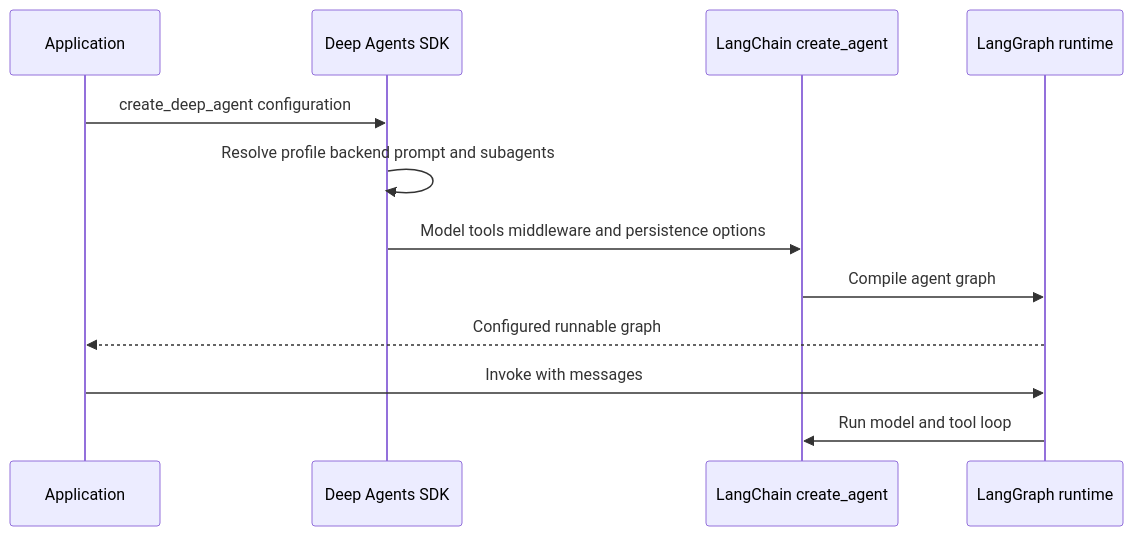
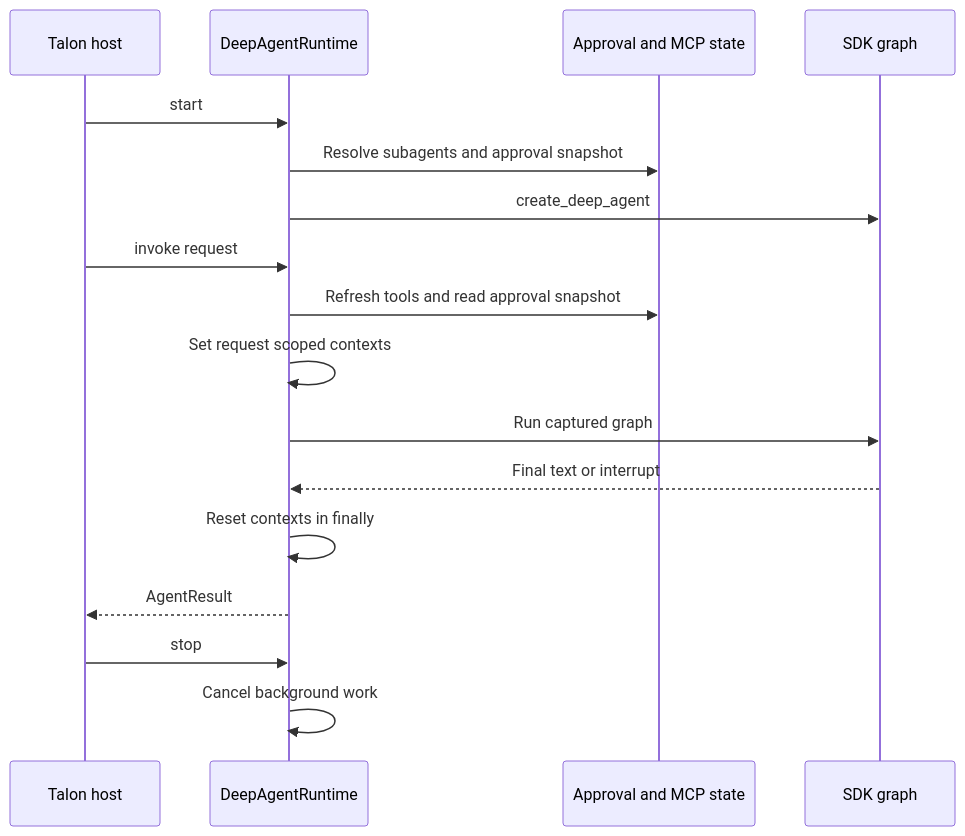
Before and after one commit to langchain-ai/deepagents: the second of 2 diagrams in openwiki/architecture/overview.md, drawn with Mermaid. The commit also changed other lines of this file and 27 other files, not shown here.

````diff
--- a/openwiki/architecture/overview.md
+++ b/openwiki/architecture/overview.md
@@ -80,14 +112,19 @@
 ```mermaid
 sequenceDiagram
-  participant Application
-  participant SDK as Deep Agents SDK
-  participant LC as LangChain create_agent
-  participant LG as LangGraph runtime
-  Application->>SDK: create_deep_agent configuration
-  SDK->>SDK: Resolve profile backend prompt and subagents
-  SDK->>LC: Model tools middleware and persistence options
-  LC->>LG: Compile agent graph
-  LG-->>Application: Configured runnable graph
-  Application->>LG: Invoke with messages
-  LG->>LC: Run model and tool loop
+  participant Host as Talon host
+  participant Runtime as DeepAgentRuntime
+  participant Store as Approval and MCP state
+  participant Graph as SDK graph
+  Host->>Runtime: start
+  Runtime->>Store: Resolve subagents and approval snapshot
+  Runtime->>Graph: create_deep_agent
+  Host->>Runtime: invoke request
+  Runtime->>Store: Refresh tools and read approval snapshot
+  Runtime->>Runtime: Set request scoped contexts
+  Runtime->>Graph: Run captured graph
+  Graph-->>Runtime: Final text or interrupt
+  Runtime->>Runtime: Reset contexts in finally
+  Runtime-->>Host: AgentResult
+  Host->>Runtime: stop
+  Runtime->>Runtime: Cancel background work
 ```
````
